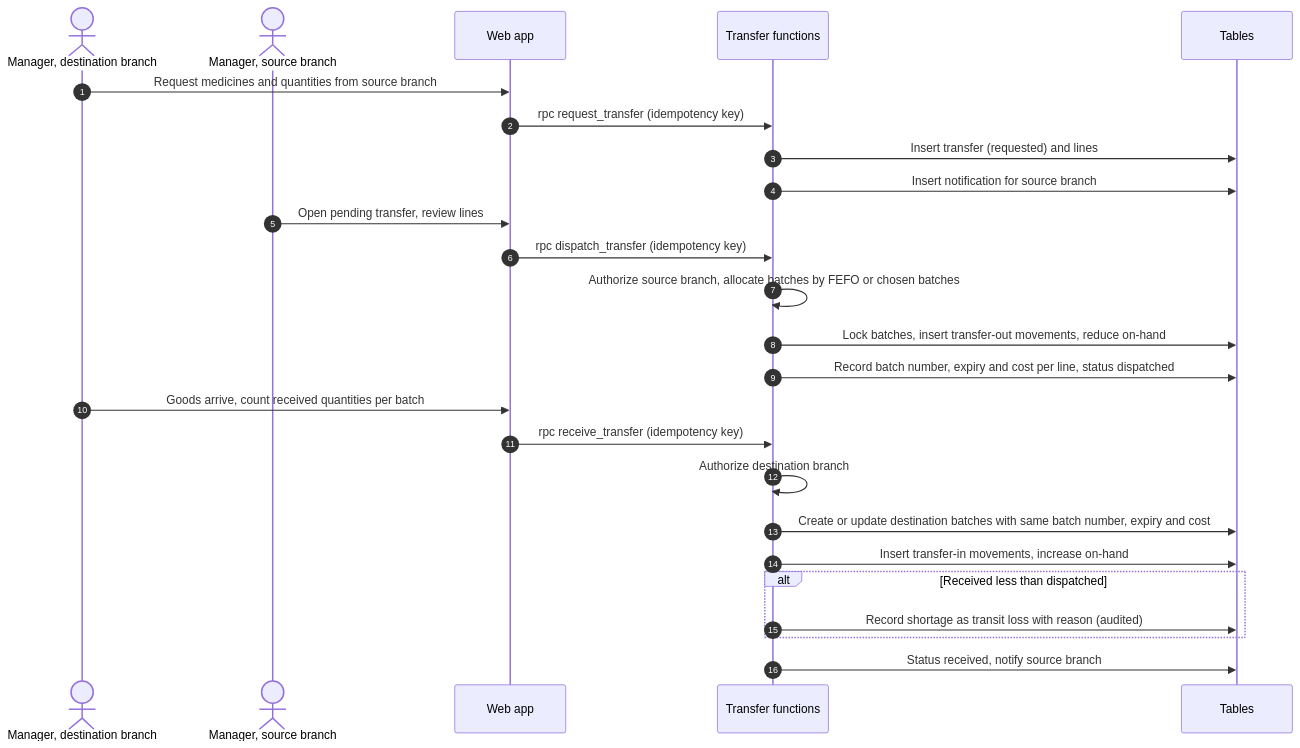
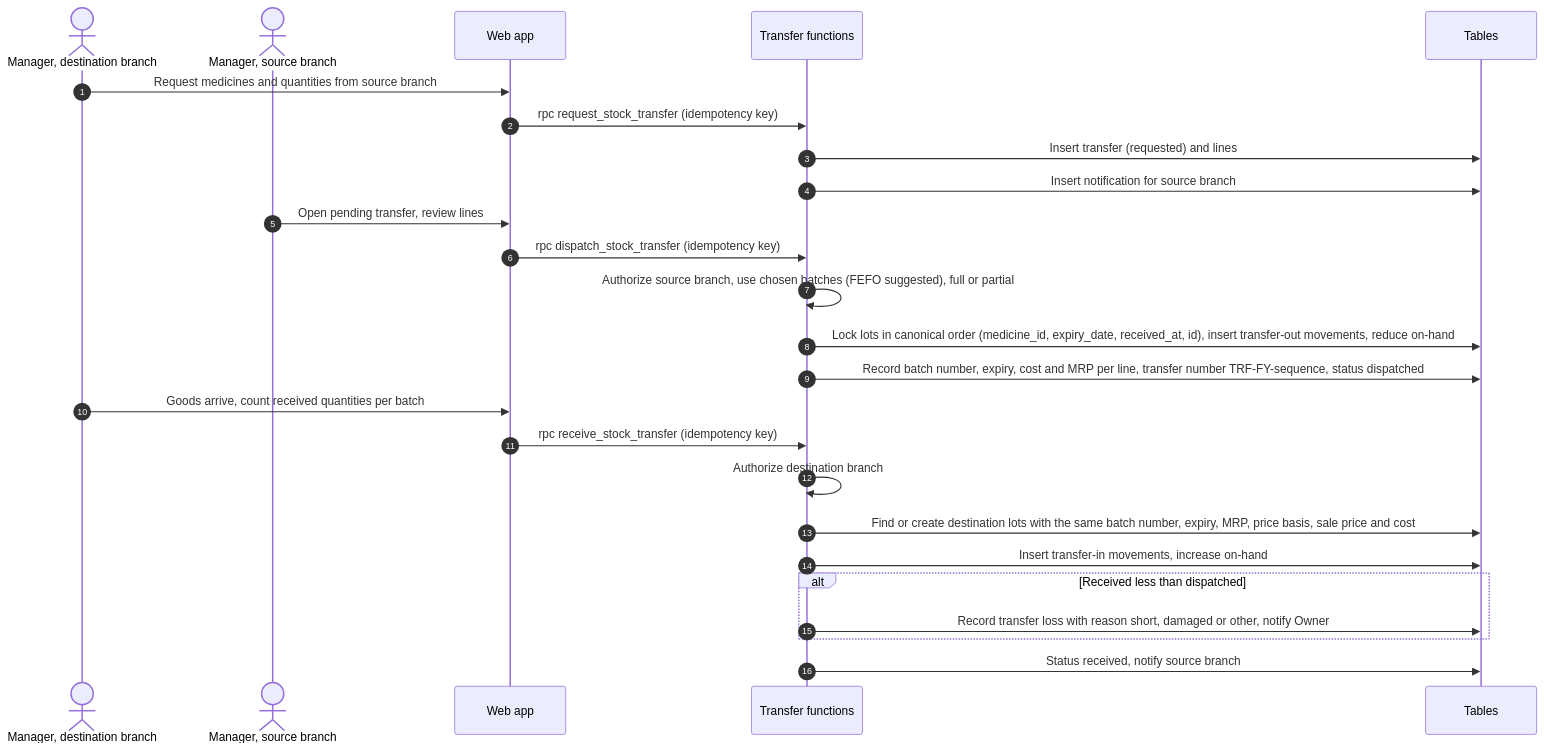
Before and after one commit to msasomrat/Pharmacy_Inventory: the ninth of 15 diagrams in docs/architecture/architecture.md, drawn with Mermaid. The commit also changed other lines of this file and 20 other files, not shown here.

````diff
--- a/docs/architecture/architecture.md
+++ b/docs/architecture/architecture.md
@@ -1164,28 +1227,28 @@
 ```mermaid
 sequenceDiagram
   autonumber
   actor D as Manager, destination branch
   actor S as Manager, source branch
   participant W as Web app
   participant F as Transfer functions
   participant T as Tables
 
   D->>W: Request medicines and quantities from source branch
-  W->>F: rpc request_transfer (idempotency key)
+  W->>F: rpc request_stock_transfer (idempotency key)
   F->>T: Insert transfer (requested) and lines
   F->>T: Insert notification for source branch
   S->>W: Open pending transfer, review lines
-  W->>F: rpc dispatch_transfer (idempotency key)
-  F->>F: Authorize source branch, allocate batches by FEFO or chosen batches
-  F->>T: Lock batches, insert transfer-out movements, reduce on-hand
-  F->>T: Record batch number, expiry and cost per line, status dispatched
+  W->>F: rpc dispatch_stock_transfer (idempotency key)
+  F->>F: Authorize source branch, use chosen batches (FEFO suggested), full or partial
+  F->>T: Lock lots in canonical order (medicine_id, expiry_date, received_at, id), insert transfer-out movements, reduce on-hand
+  F->>T: Record batch number, expiry, cost and MRP per line, transfer number TRF-FY-sequence, status dispatched
   D->>W: Goods arrive, count received quantities per batch
-  W->>F: rpc receive_transfer (idempotency key)
+  W->>F: rpc receive_stock_transfer (idempotency key)
   F->>F: Authorize destination branch
-  F->>T: Create or update destination batches with same batch number, expiry and cost
+  F->>T: Find or create destination lots with the same batch number, expiry, MRP, price basis, sale price and cost
   F->>T: Insert transfer-in movements, increase on-hand
   alt Received less than dispatched
-    F->>T: Record shortage as transit loss with reason (audited)
+    F->>T: Record transfer loss with reason short, damaged or other, notify Owner
   end
   F->>T: Status received, notify source branch
 ```
````
